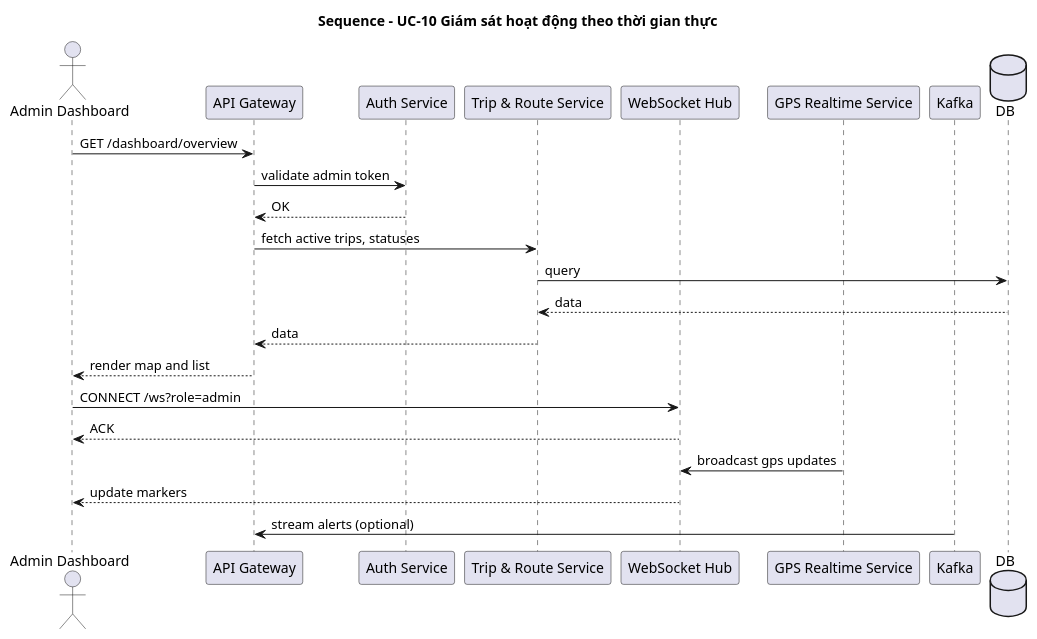
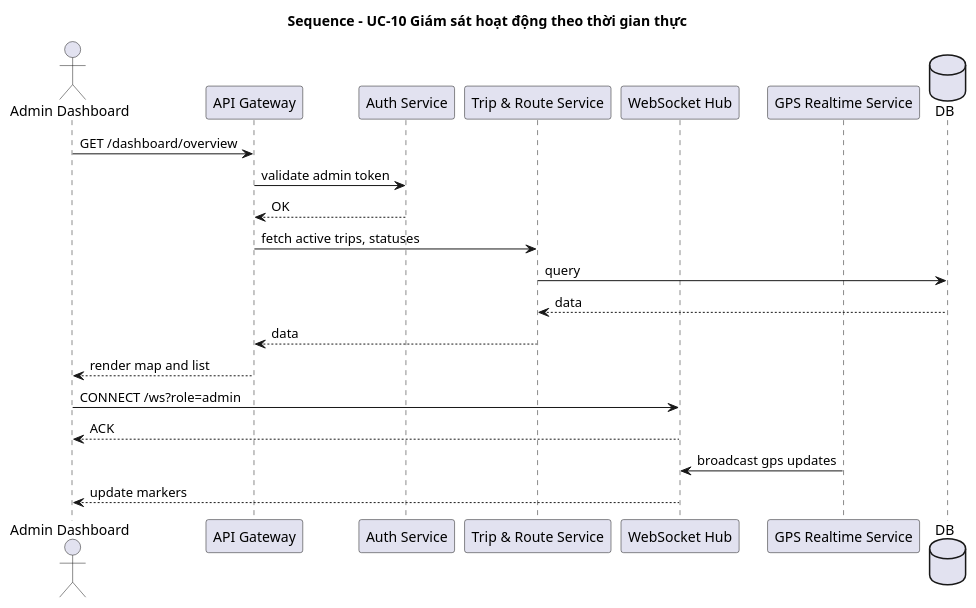
One commit to phuongbv00/hust-bus-stop changed the diagram in docs/uml/sequence/sequence_uc10_realtime_monitoring.puml. Above: the diagram before and after it, drawn with PlantUML. The commit also changed 5 other files, not shown here.

Commit message:
docs: update diagrams

```diff
--- a/docs/uml/sequence/sequence_uc10_realtime_monitoring.puml
+++ b/docs/uml/sequence/sequence_uc10_realtime_monitoring.puml
@@ -1,26 +1,24 @@
 @startuml
 title Sequence - UC-10 Giám sát hoạt động theo thời gian thực
 actor "Admin Dashboard" as AdminUI
 participant "API Gateway" as API
 participant "Auth Service" as Auth
 participant "Trip & Route Service" as TripSvc
 participant "WebSocket Hub" as WS
 participant "GPS Realtime Service" as GPSSvc
-participant "Kafka" as Kafka
 database "DB" as DB
 
 AdminUI -> API : GET /dashboard/overview
 API -> Auth : validate admin token
 Auth --> API : OK
 API -> TripSvc : fetch active trips, statuses
 TripSvc -> DB : query
 DB --> TripSvc : data
 TripSvc --> API : data
 API --> AdminUI : render map and list
 
 AdminUI -> WS : CONNECT /ws?role=admin
 WS --> AdminUI : ACK
 GPSSvc -> WS : broadcast gps updates
 WS --> AdminUI : update markers
-Kafka -> API : stream alerts (optional)
 @enduml
```
